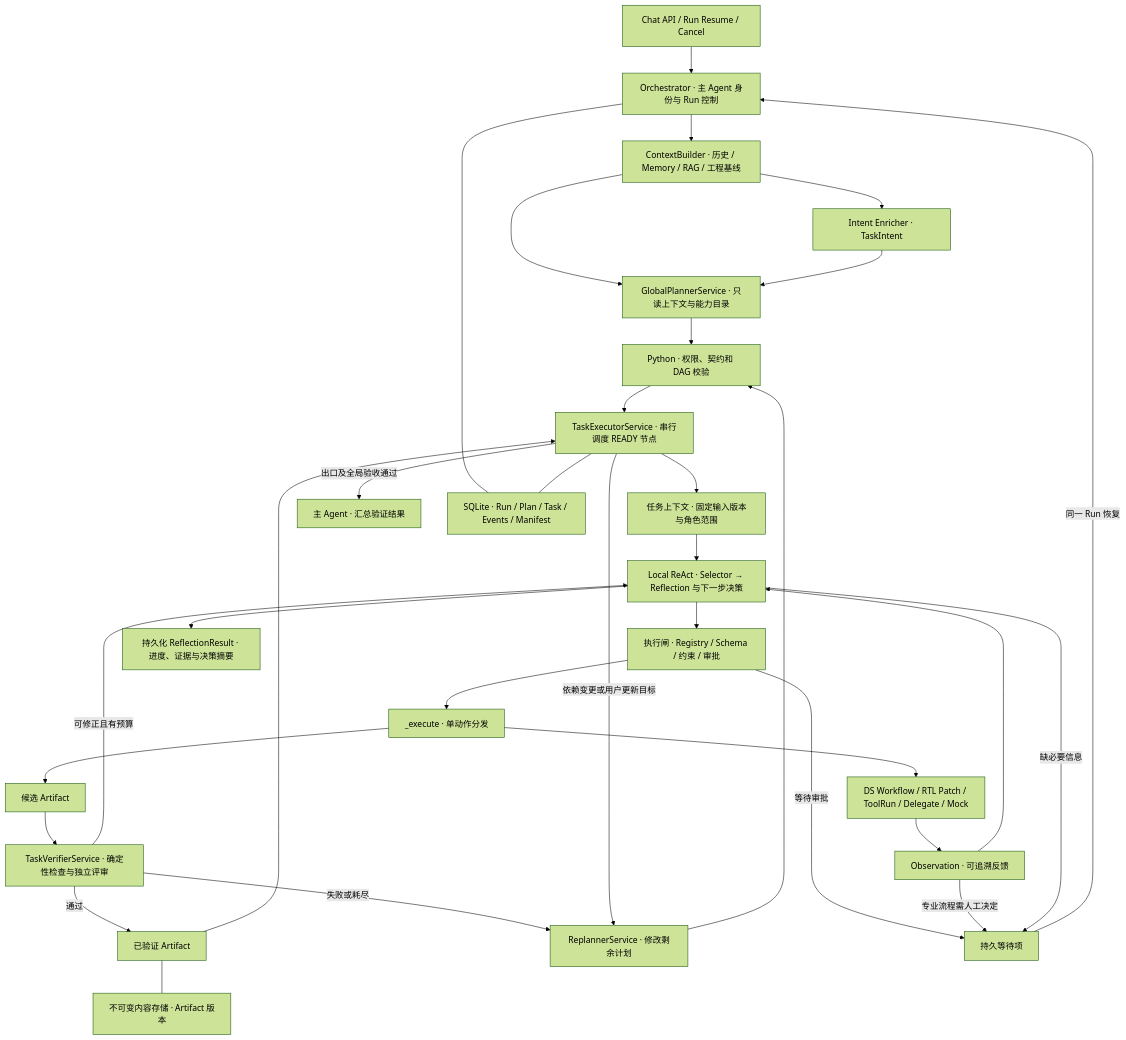
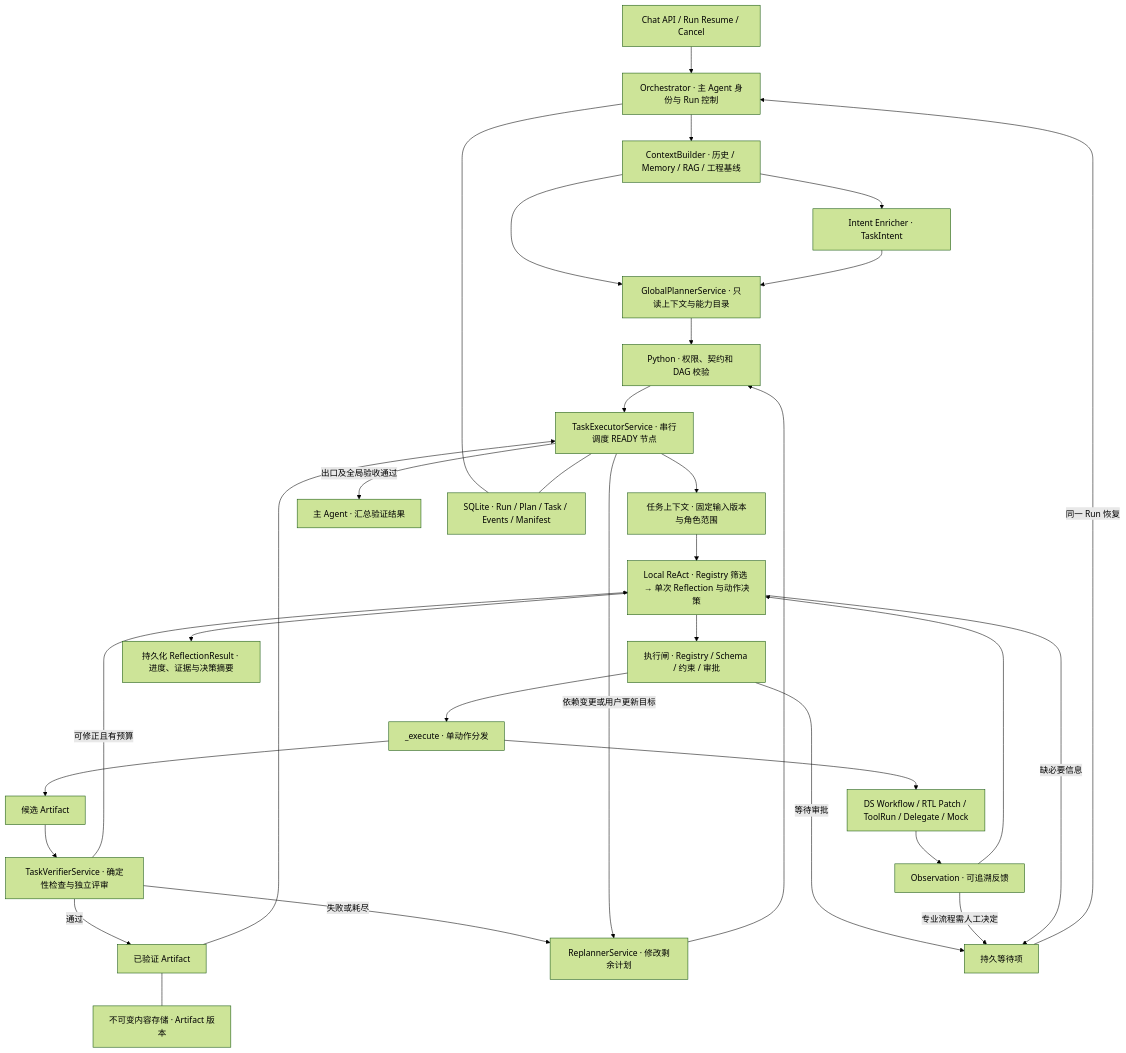
Before and after one commit to yaowensial-g/chipDesignAgent: the diagram in docs/hierarchical-orchestration-design.md, drawn with Mermaid (forest theme). The commit also changed other lines of this file and 13 other files, not shown here.

````diff
--- a/docs/hierarchical-orchestration-design.md
+++ b/docs/hierarchical-orchestration-design.md
@@ -30,34 +30,34 @@
 ```mermaid
 flowchart TD
     API["Chat API / Run Resume / Cancel"] --> O["Orchestrator · 主 Agent 身份与 Run 控制"]
     O --> CB["ContextBuilder · 历史 / Memory / RAG / 工程基线"]
     CB --> I["Intent Enricher · TaskIntent"]
     CB --> GP["GlobalPlannerService · 只读上下文与能力目录"]
     I --> GP
     GP --> PV["Python · 权限、契约和 DAG 校验"]
     PV --> TE["TaskExecutorService · 串行调度 READY 节点"]
     TE --> TC["任务上下文 · 固定输入版本与角色范围"]
-    TC --> LR["Local ReAct · Selector → Reflection 与下一步决策"]
+    TC --> LR["Local ReAct · Registry 筛选 → 单次 Reflection 与动作决策"]
     LR --> GATE["执行闸 · Registry / Schema / 约束 / 审批"]
     GATE --> X["_execute · 单动作分发"]
     X --> P["DS Workflow / RTL Patch / ToolRun / Delegate / Mock"]
     P --> OBS["Observation · 可追溯反馈"]
     OBS --> LR
     LR --> REF["持久化 ReflectionResult · 进度、证据与决策摘要"]
     X --> ST["候选 Artifact"]
     ST --> V["TaskVerifierService · 确定性检查与独立评审"]
     V -->|通过| AV["已验证 Artifact"]
     AV --> TE
     V -->|可修正且有预算| LR
     V -->|失败或耗尽| RP["ReplannerService · 修改剩余计划"]
     TE -->|依赖变更或用户更新目标| RP
     RP --> PV
     GATE -->|等待审批| WAIT["持久等待项"]
     OBS -->|专业流程需人工决定| WAIT
     LR -->|缺必要信息| WAIT
     WAIT -->|同一 Run 恢复| O
     TE -->|出口及全局验收通过| F["主 Agent · 汇总验证结果"]
     O --- DB["SQLite · Run / Plan / Task / Events / Manifest"]
     TE --- DB
     AV --- STORE["不可变内容存储 · Artifact 版本"]
 ```
````
